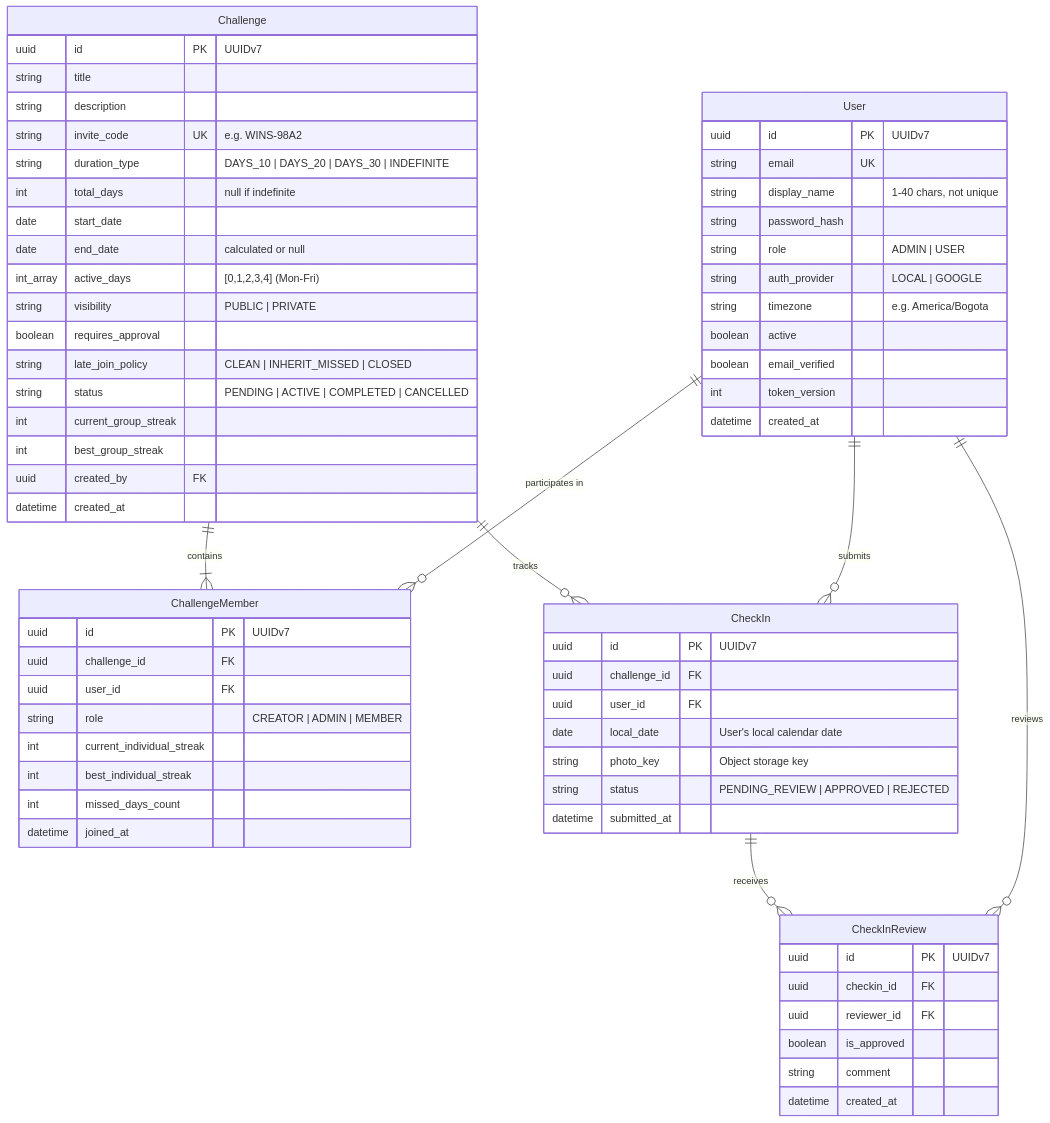
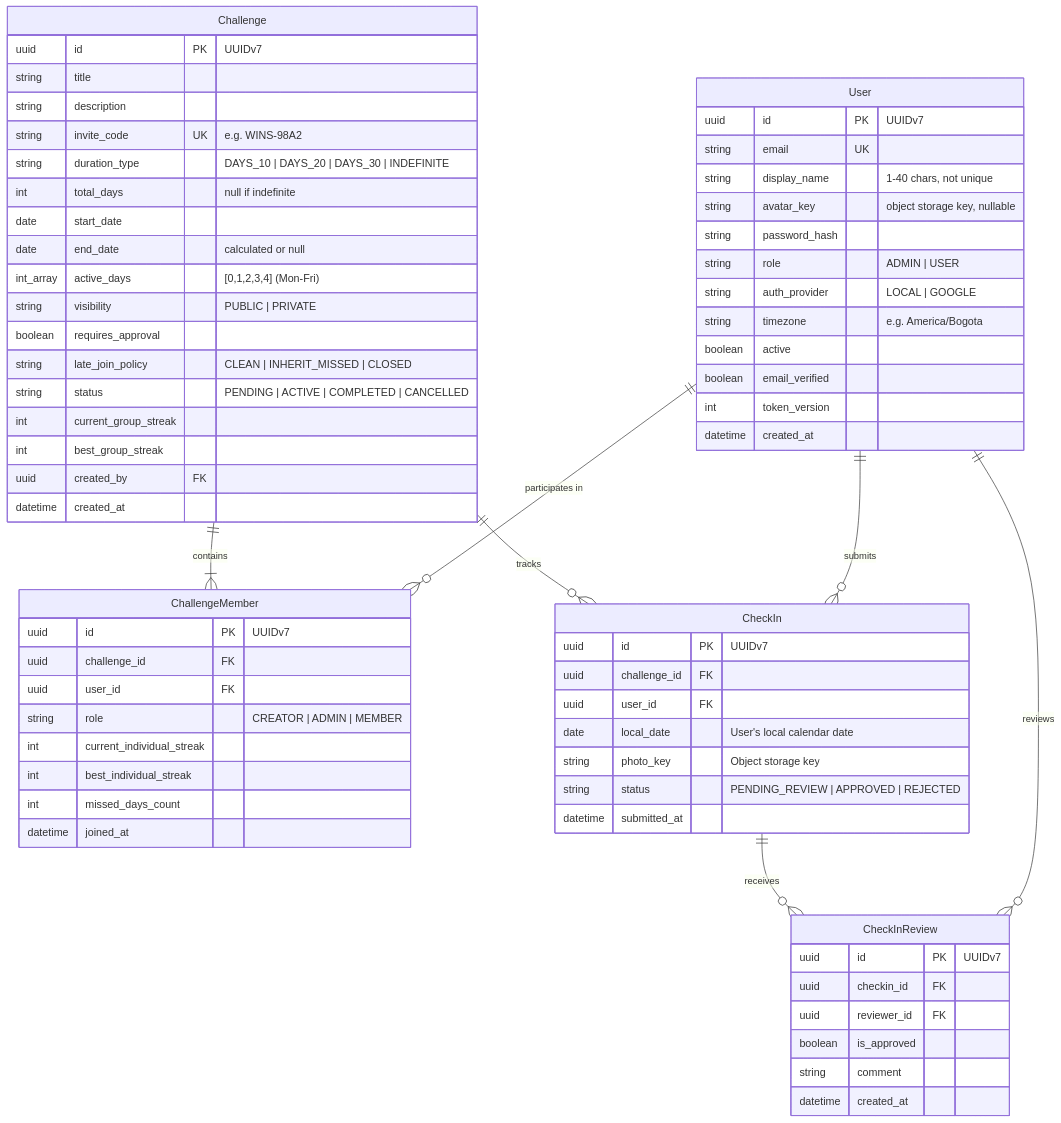
The diagram in README.md (jcamilodev-py/WhoWins), drawn with Mermaid before and after one commit. The commit also changed other lines of this file, not shown here.

Commit message:
docs(readme): add profile photo endpoints and avatar key

````diff
--- a/README.md
+++ b/README.md
@@ -75,73 +75,74 @@
 ```mermaid
 erDiagram
     User ||--o{ ChallengeMember : "participates in"
     User ||--o{ CheckIn : "submits"
     User ||--o{ CheckInReview : "reviews"
     Challenge ||--|{ ChallengeMember : "contains"
     Challenge ||--o{ CheckIn : "tracks"
     CheckIn ||--o{ CheckInReview : "receives"
 
     User {
         uuid id PK "UUIDv7"
         string email UK
         string display_name "1-40 chars, not unique"
+        string avatar_key "object storage key, nullable"
         string password_hash
         string role "ADMIN | USER"
         string auth_provider "LOCAL | GOOGLE"
         string timezone "e.g. America/Bogota"
         boolean active
         boolean email_verified
         int token_version
         datetime created_at
     }
 
     Challenge {
         uuid id PK "UUIDv7"
         string title
         string description
         string invite_code UK "e.g. WINS-98A2"
         string duration_type "DAYS_10 | DAYS_20 | DAYS_30 | INDEFINITE"
         int total_days "null if indefinite"
         date start_date
         date end_date "calculated or null"
         int_array active_days "[0,1,2,3,4] (Mon-Fri)"
         string visibility "PUBLIC | PRIVATE"
         boolean requires_approval
         string late_join_policy "CLEAN | INHERIT_MISSED | CLOSED"
         string status "PENDING | ACTIVE | COMPLETED | CANCELLED"
         int current_group_streak
         int best_group_streak
         uuid created_by FK
         datetime created_at
     }
 
     ChallengeMember {
         uuid id PK "UUIDv7"
         uuid challenge_id FK
         uuid user_id FK
         string role "CREATOR | ADMIN | MEMBER"
         int current_individual_streak
         int best_individual_streak
         int missed_days_count
         datetime joined_at
     }
 
     CheckIn {
         uuid id PK "UUIDv7"
         uuid challenge_id FK
         uuid user_id FK
         date local_date "User's local calendar date"
         string photo_key "Object storage key"
         string status "PENDING_REVIEW | APPROVED | REJECTED"
         datetime submitted_at
     }
 
     CheckInReview {
         uuid id PK "UUIDv7"
         uuid checkin_id FK
         uuid reviewer_id FK
         boolean is_approved
         string comment
         datetime created_at
     }
 ```
````
